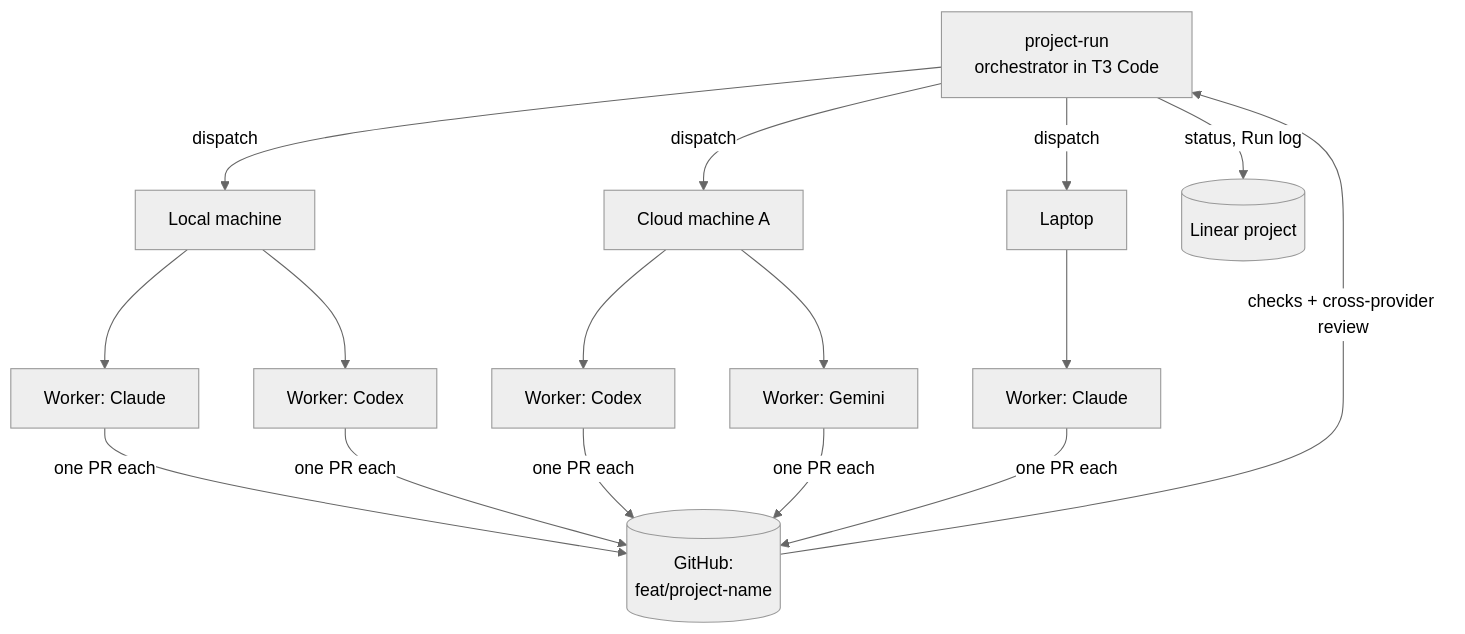
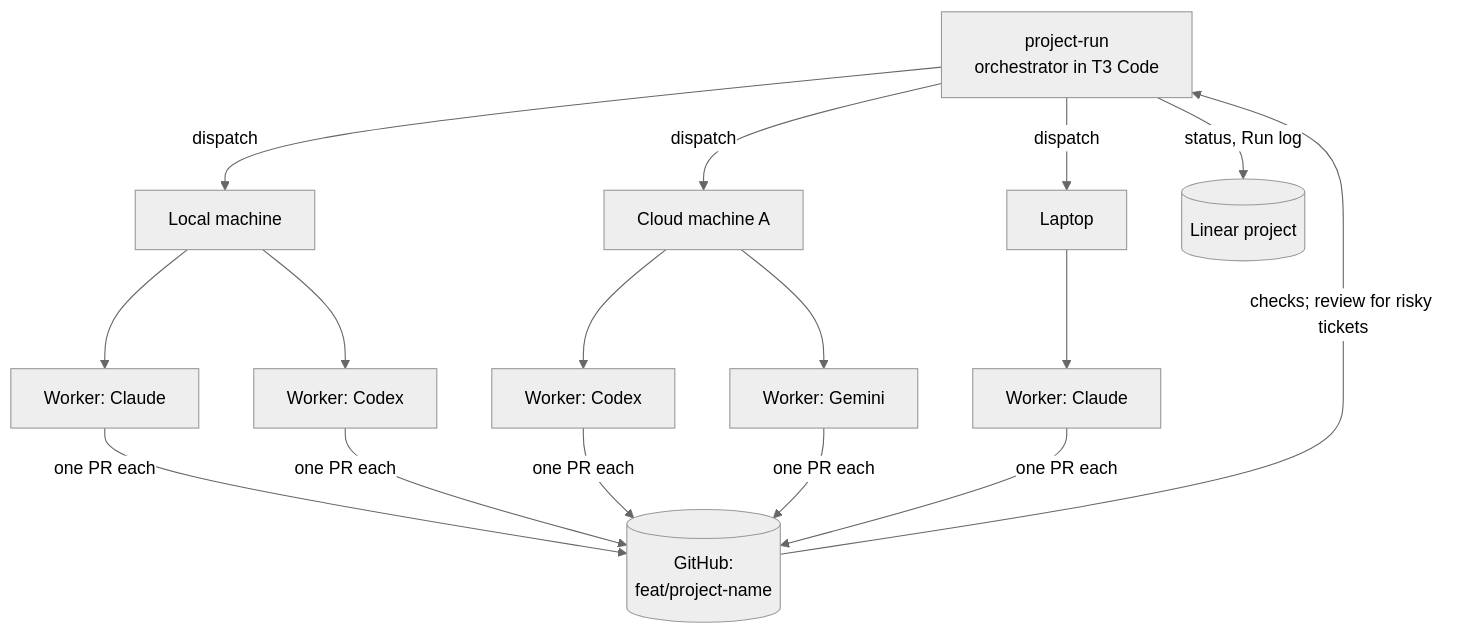
Before and after one commit to FantasticDevHQ/t3-linear-fleet: the second of 3 diagrams in README.md, drawn with Mermaid (neutral theme). The commit also changed other lines of this file, not shown here.

First line of the commit message:
docs(readme): state review, escalation and status behavior precisely

````diff
--- a/README.md
+++ b/README.md
@@ -118,13 +118,13 @@
 ```mermaid
 flowchart TB
   O[project-run<br/>orchestrator in T3 Code]
   O -->|dispatch| M1[Local machine]
   O -->|dispatch| M2[Cloud machine A]
   O -->|dispatch| M3[Laptop]
   M1 --> W1[Worker: Claude] & W2[Worker: Codex]
   M2 --> W3[Worker: Codex] & W4[Worker: Gemini]
   M3 --> W5[Worker: Claude]
   W1 & W2 & W3 & W4 & W5 -->|one PR each| GH[(GitHub:<br/>feat/project-name)]
-  GH -->|checks + cross-provider review| O
+  GH -->|checks; review for risky tickets| O
   O -->|status, Run log| L[(Linear project)]
 ```
````
